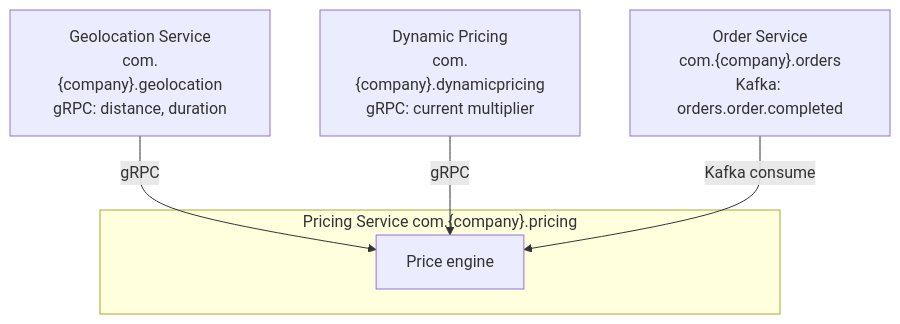
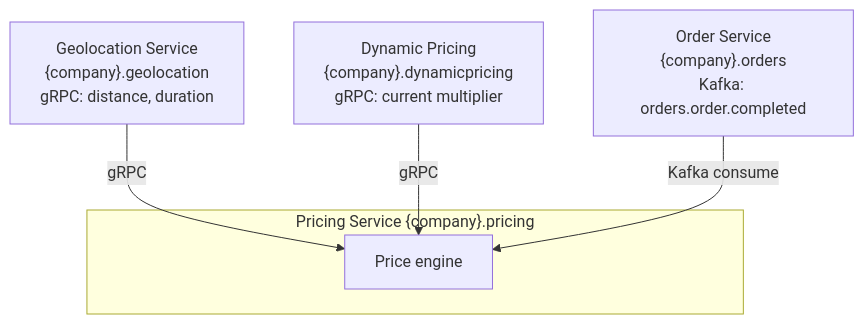
Before and after one commit to rishikeshdhokare/platform-manifesto: the sixth of 6 diagrams in 11-domain-catalog/03-pricing-service.md, drawn with Mermaid. The commit also changed other lines of this file and 64 other files, not shown here.

````diff
--- a/11-domain-catalog/03-pricing-service.md
+++ b/11-domain-catalog/03-pricing-service.md
@@ -269,13 +269,13 @@
 ```mermaid
 flowchart TB
-    subgraph Pricing_Service["Pricing Service com.{company}.pricing"]
+    subgraph Pricing_Service["Pricing Service {company}.pricing"]
         PC[Price engine]
     end
-    Geo["Geolocation Service\ncom.{company}.geolocation\ngRPC: distance, duration"]
-    DP["Dynamic Pricing\ncom.{company}.dynamicpricing\ngRPC: current multiplier"]
-    Orders["Order Service\ncom.{company}.orders\nKafka: orders.order.completed"]
+    Geo["Geolocation Service\n{company}.geolocation\ngRPC: distance, duration"]
+    DP["Dynamic Pricing\n{company}.dynamicpricing\ngRPC: current multiplier"]
+    Orders["Order Service\n{company}.orders\nKafka: orders.order.completed"]
 
     Geo -->|gRPC| PC
     DP -->|gRPC| PC
     Orders -->|Kafka consume| PC
 ```
````
